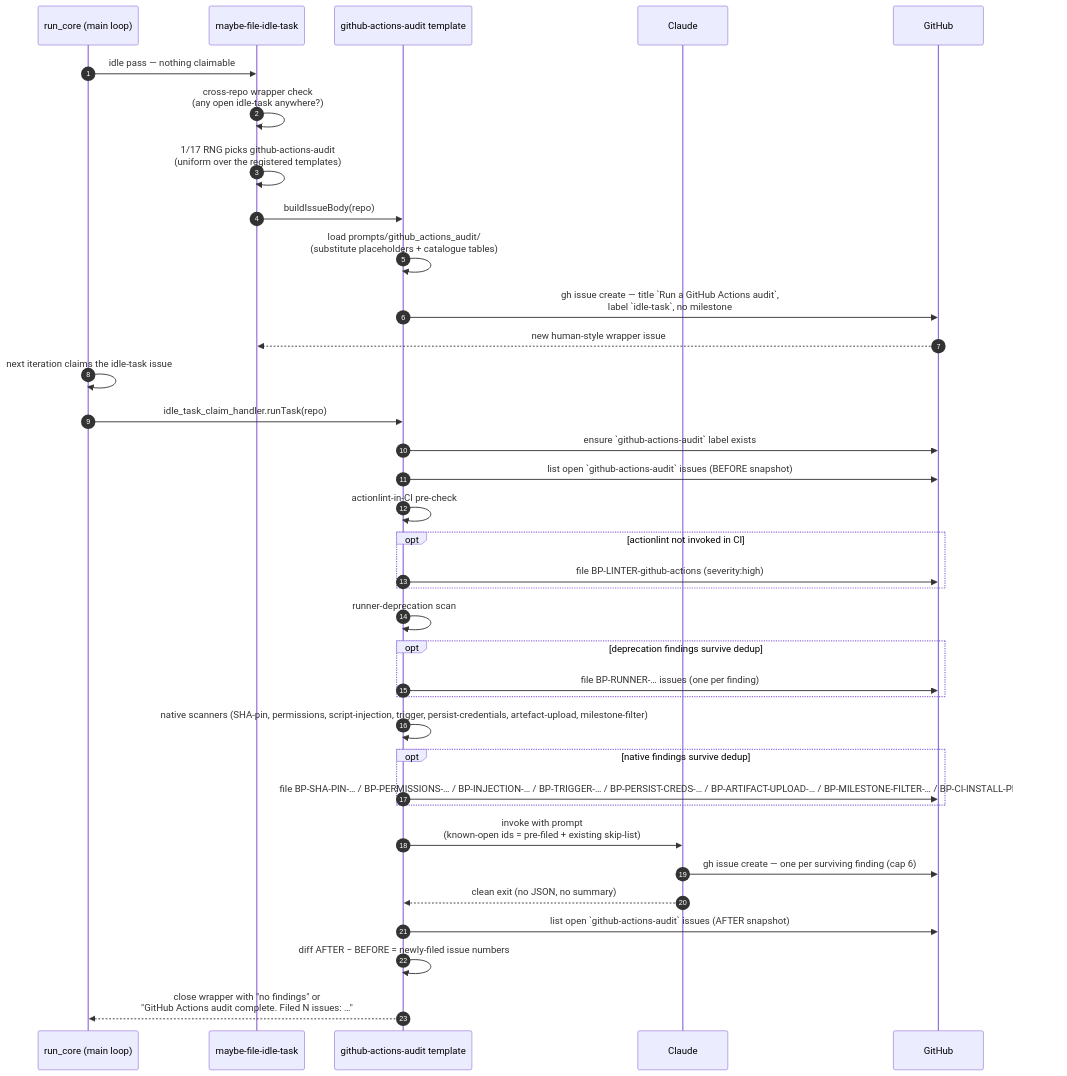
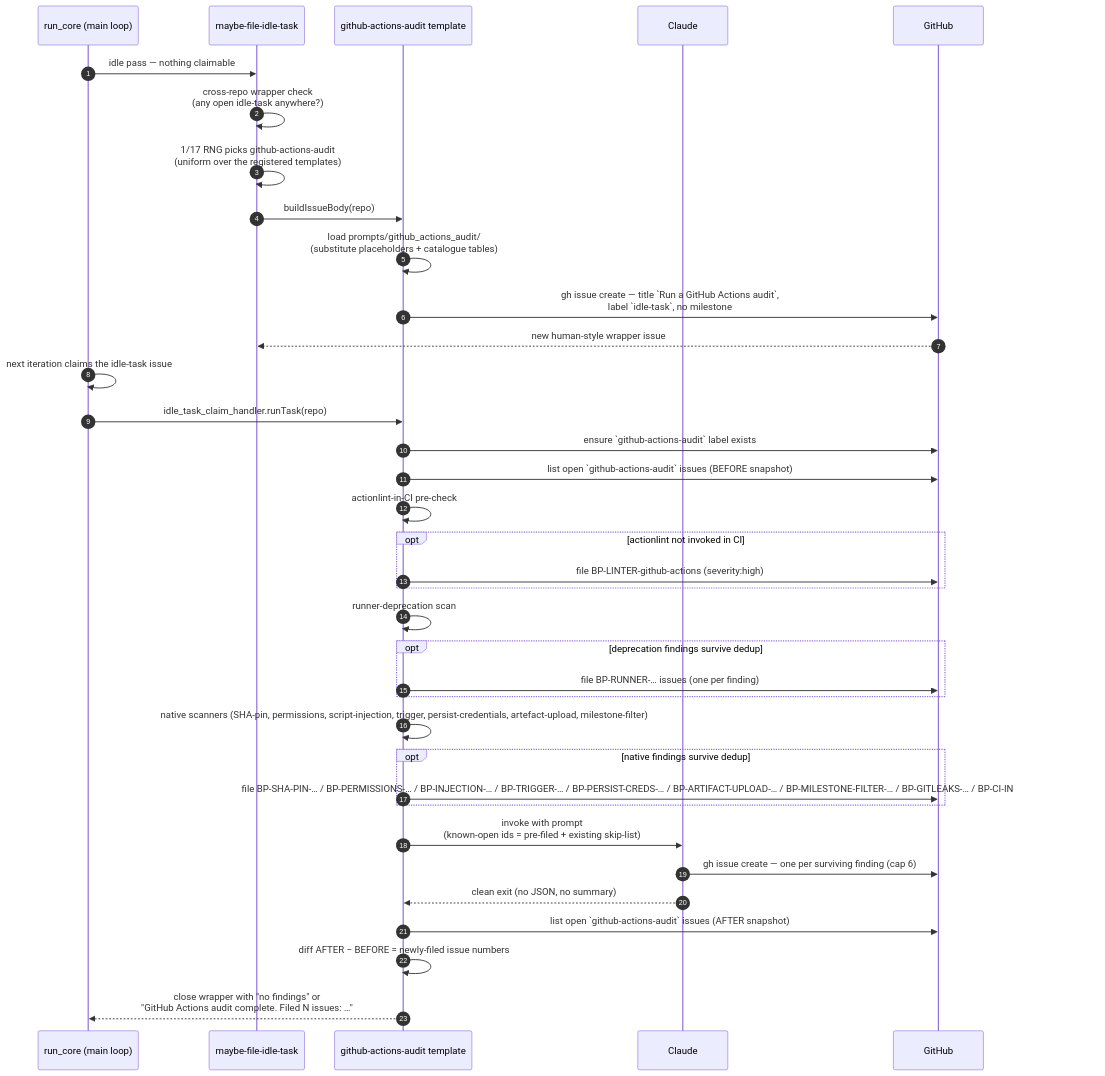
The first of 3 diagrams in docs/GITHUB-ACTIONS-AUDIT-SCAN.md (stSoftwareAU/VibeCoder), drawn with Mermaid before and after one commit. The commit also changed other lines of this file and 24 other files, not shown here.

Commit message:
Milestone: #566 Gitleaks on every PR fleet-wide: refresh stale templates, close prevention gaps (#657)

````diff
--- a/docs/GITHUB-ACTIONS-AUDIT-SCAN.md
+++ b/docs/GITHUB-ACTIONS-AUDIT-SCAN.md
@@ -178,39 +180,39 @@
 ```mermaid
 sequenceDiagram
     autonumber
     participant Main as run_core (main loop)
     participant Filer as maybe-file-idle-task
     participant Template as github-actions-audit template
     participant Claude
     participant GH as GitHub
 
     Main->>Filer: idle pass — nothing claimable
     Filer->>Filer: cross-repo wrapper check<br/>(any open idle-task anywhere?)
     Filer->>Filer: 1/17 RNG picks github-actions-audit<br/>(uniform over the registered templates)
     Filer->>Template: buildIssueBody(repo)
     Template->>Template: load prompts/github_actions_audit/<br/>(substitute placeholders + catalogue tables)
     Template->>GH: gh issue create — title `Run a GitHub Actions audit`,<br/>label `idle-task`, no milestone
     GH-->>Filer: new human-style wrapper issue
     Main->>Main: next iteration claims the idle-task issue
     Main->>Template: idle_task_claim_handler.runTask(repo)
     Template->>GH: ensure `github-actions-audit` label exists
     Template->>GH: list open `github-actions-audit` issues (BEFORE snapshot)
     Template->>Template: actionlint-in-CI pre-check
     opt actionlint not invoked in CI
         Template->>GH: file BP-LINTER-github-actions (severity:high)
     end
     Template->>Template: runner-deprecation scan
     opt deprecation findings survive dedup
         Template->>GH: file BP-RUNNER-… issues (one per finding)
     end
     Template->>Template: native scanners (SHA-pin, permissions, script-injection, trigger, persist-credentials, artefact-upload, milestone-filter)
     opt native findings survive dedup
-        Template->>GH: file BP-SHA-PIN-… / BP-PERMISSIONS-… / BP-INJECTION-… / BP-TRIGGER-… / BP-PERSIST-CREDS-… / BP-ARTIFACT-UPLOAD-… / BP-MILESTONE-FILTER-… / BP-CI-INSTALL-PIN-… issues
+        Template->>GH: file BP-SHA-PIN-… / BP-PERMISSIONS-… / BP-INJECTION-… / BP-TRIGGER-… / BP-PERSIST-CREDS-… / BP-ARTIFACT-UPLOAD-… / BP-MILESTONE-FILTER-… / BP-GITLEAKS-… / BP-CI-INSTALL-PIN-… issues
     end
     Template->>Claude: invoke with prompt<br/>(known-open ids = pre-filed + existing skip-list)
     Claude->>GH: gh issue create — one per surviving finding (cap 6)
     Claude-->>Template: clean exit (no JSON, no summary)
     Template->>GH: list open `github-actions-audit` issues (AFTER snapshot)
     Template->>Template: diff AFTER − BEFORE = newly-filed issue numbers
     Template-->>Main: close wrapper with "no findings" or<br/>"GitHub Actions audit complete. Filed N issues: …"
 ```
````
